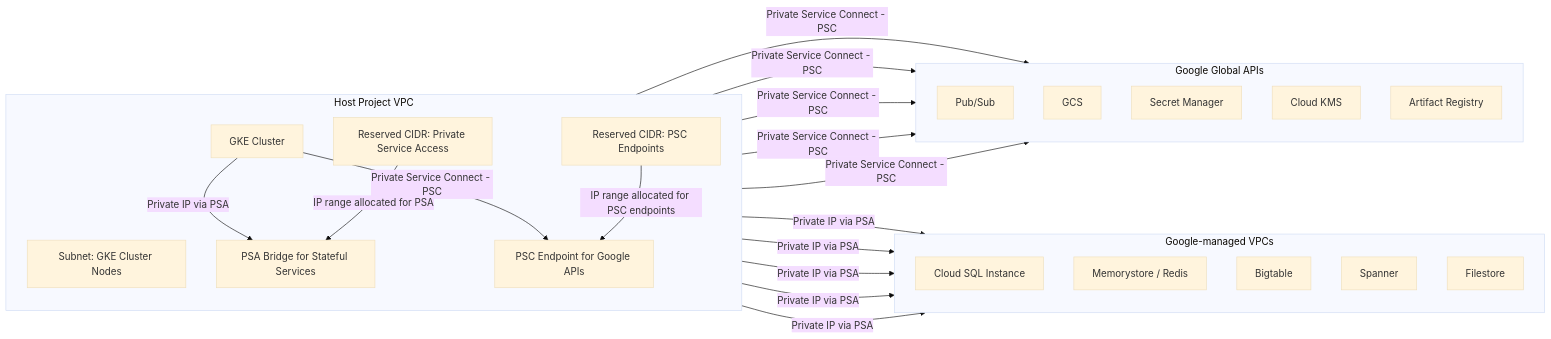
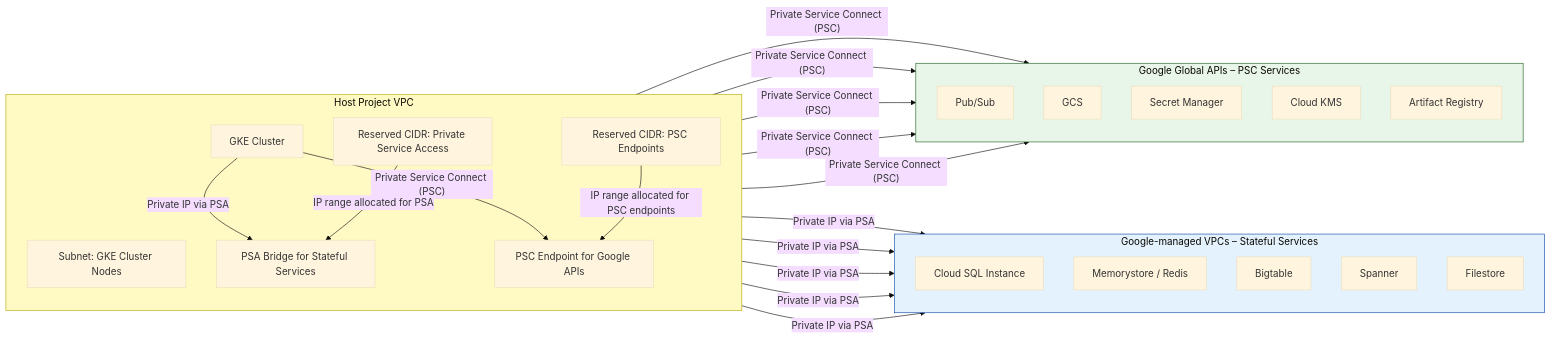
One commit to sbhrwl/microservices changed the diagram in hubToSensor/cloud/psa-psc/README.md. Above: the diagram before and after it, drawn with Mermaid (base theme).

````diff
--- a/hubToSensor/cloud/psa-psc/README.md
+++ b/hubToSensor/cloud/psa-psc/README.md
@@ -70,51 +70,66 @@
 ```mermaid
 flowchart LR
-    %% Service Project / Host VPC
-    subgraph Host Project VPC
+
+    %% ---------------------------
+    %% Host Project VPC (light yellow)
+    %% ---------------------------
+    subgraph HostProjectVPC[Host Project VPC]
         direction TB
+        style HostProjectVPC fill:#fff9c4,stroke:#b3aa00,stroke-width:1px
+
         Subnet_Nodes[Subnet: GKE Cluster Nodes]
         Subnet_PSA[Reserved CIDR: Private Service Access]
         PSA_Bridge[PSA Bridge for Stateful Services]
         Subnet_PSC[Reserved CIDR: PSC Endpoints]
         PSC_Endpoint[PSC Endpoint for Google APIs]
         Cluster[GKE Cluster]
     end
 
-    %% Stateful services (Private IP via PSA)
-    subgraph Google-managed VPCs
+    %% ---------------------------
+    %% Google-managed VPCs (light blue)
+    %% ---------------------------
+    subgraph GoogleManagedVPCs[Google-managed VPCs – Stateful Services]
         direction TB
+        style GoogleManagedVPCs fill:#e3f2fd,stroke:#0d47a1,stroke-width:1px
+
         CloudSQL[Cloud SQL Instance]
         Memorystore[Memorystore / Redis]
         Bigtable[Bigtable]
         Spanner[Spanner]
         Filestore[Filestore]
     end
 
-    %% Global API services (PSC)
-    subgraph Google Global APIs
+    %% ---------------------------
+    %% Google Global APIs (light green)
+    %% ---------------------------
+    subgraph GoogleGlobalAPIs[Google Global APIs – PSC Services]
         direction TB
+        style GoogleGlobalAPIs fill:#e8f5e9,stroke:#1b5e20,stroke-width:1px
+
         PubSub[Pub/Sub]
         GCS[GCS]
         SecretManager[Secret Manager]
         KMS[Cloud KMS]
         ArtifactRegistry[Artifact Registry]
     end
 
-    %% Connections with annotations
+    %% ---------------------------
+    %% Connections
+    %% ---------------------------
     Cluster -->|"Private IP via PSA"| PSA_Bridge
     PSA_Bridge -->|"Private IP via PSA"| CloudSQL
     PSA_Bridge -->|"Private IP via PSA"| Memorystore
     PSA_Bridge -->|"Private IP via PSA"| Bigtable
     PSA_Bridge -->|"Private IP via PSA"| Spanner
     PSA_Bridge -->|"Private IP via PSA"| Filestore
 
-    Cluster -->|"Private Service Connect - PSC"| PSC_Endpoint
-    PSC_Endpoint -->|"Private Service Connect - PSC"| PubSub
-    PSC_Endpoint -->|"Private Service Connect - PSC"| GCS
-    PSC_Endpoint -->|"Private Service Connect - PSC"| SecretManager
-    PSC_Endpoint -->|"Private Service Connect - PSC"| KMS
-    PSC_Endpoint -->|"Private Service Connect - PSC"| ArtifactRegistry
+    Cluster -->|"Private Service Connect (PSC)"| PSC_Endpoint
+    PSC_Endpoint -->|"Private Service Connect (PSC)"| PubSub
+    PSC_Endpoint -->|"Private Service Connect (PSC)"| GCS
+    PSC_Endpoint -->|"Private Service Connect (PSC)"| SecretManager
+    PSC_Endpoint -->|"Private Service Connect (PSC)"| KMS
+    PSC_Endpoint -->|"Private Service Connect (PSC)"| ArtifactRegistry
 
     Subnet_PSA -->|"IP range allocated for PSA"| PSA_Bridge
     Subnet_PSC -->|"IP range allocated for PSC endpoints"| PSC_Endpoint
 ```
````
